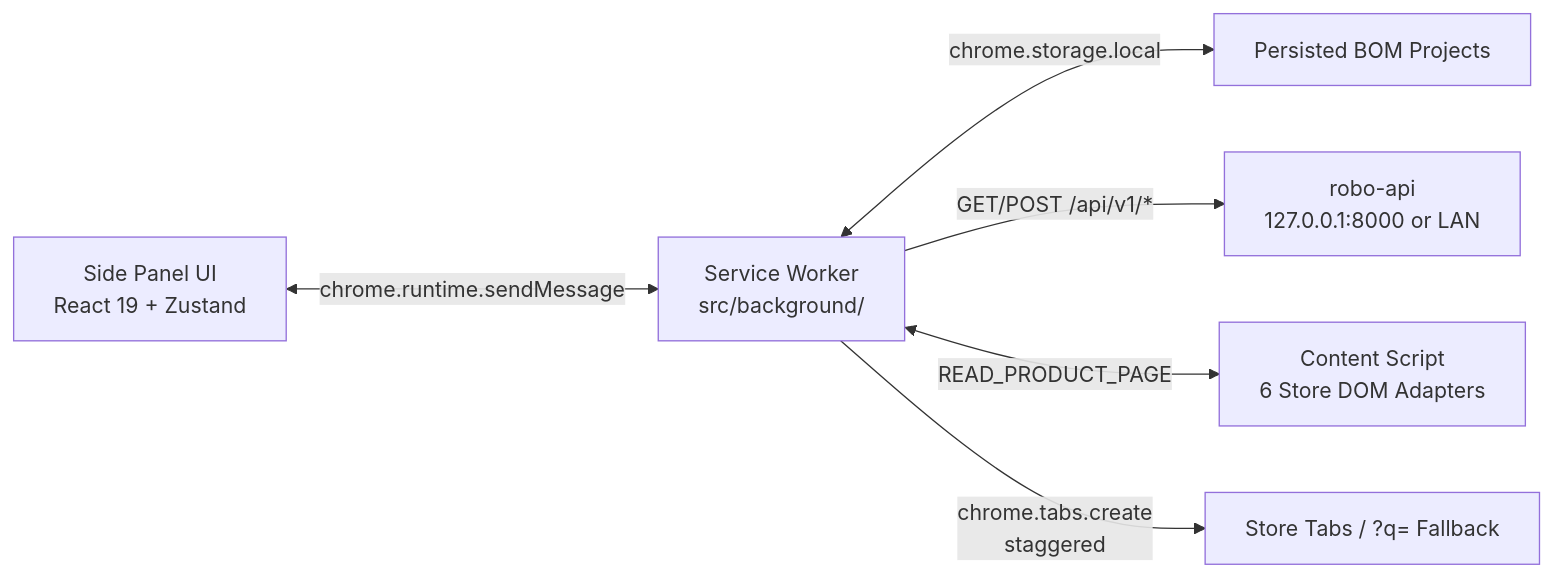
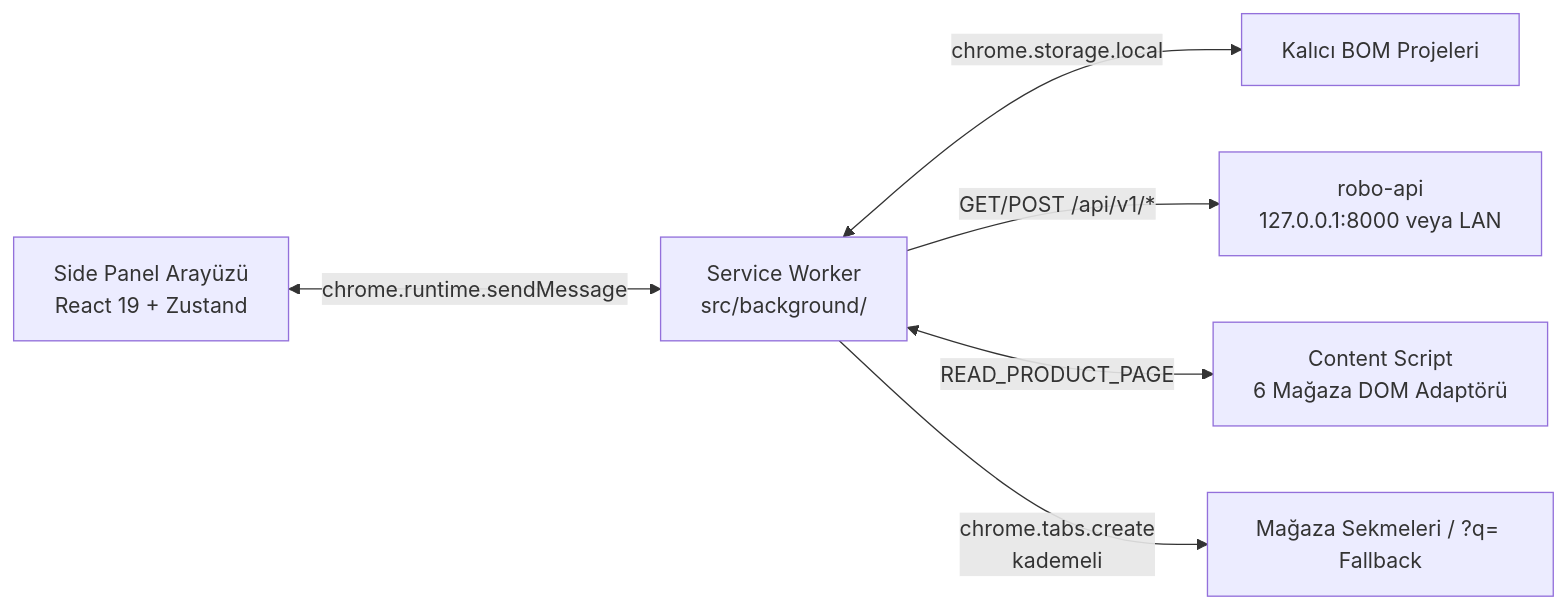
Before and after one commit to AtaCanYmc/bom-tr: the diagram in README.md, drawn with Mermaid. The commit also changed other lines of this file and 1 other file, not shown here.

Commit message:
add English README file and update Turkish README with architecture, quick start, repository layout, permissions, and verification instructions

````diff
--- a/README.md
+++ b/README.md
@@ -7,8 +9,8 @@
 ```mermaid
 flowchart LR
-    SP["Side Panel UI\nReact 19 + Zustand"] <-->|"chrome.runtime.sendMessage"| SW["Service Worker\nsrc/background/"]
-    SW <-->|"chrome.storage.local"| ST["Persisted BOM Projects"]
-    SW -->|"GET/POST /api/v1/*"| API["robo-api\n127.0.0.1:8000 or LAN"]
-    SW <-->|"READ_PRODUCT_PAGE"| CS["Content Script\n6 Store DOM Adapters"]
-    SW -->|"chrome.tabs.create\nstaggered"| TABS["Store Tabs / ?q= Fallback"]
+    SP["Side Panel Arayüzü\nReact 19 + Zustand"] <-->|"chrome.runtime.sendMessage"| SW["Service Worker\nsrc/background/"]
+    SW <-->|"chrome.storage.local"| ST["Kalıcı BOM Projeleri"]
+    SW -->|"GET/POST /api/v1/*"| API["robo-api\n127.0.0.1:8000 veya LAN"]
+    SW <-->|"READ_PRODUCT_PAGE"| CS["Content Script\n6 Mağaza DOM Adaptörü"]
+    SW -->|"chrome.tabs.create\nkademeli"| TABS["Mağaza Sekmeleri / ?q= Fallback"]
 ```
````
